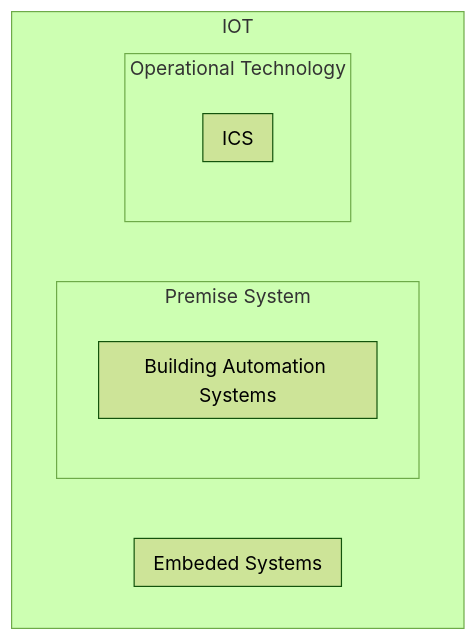
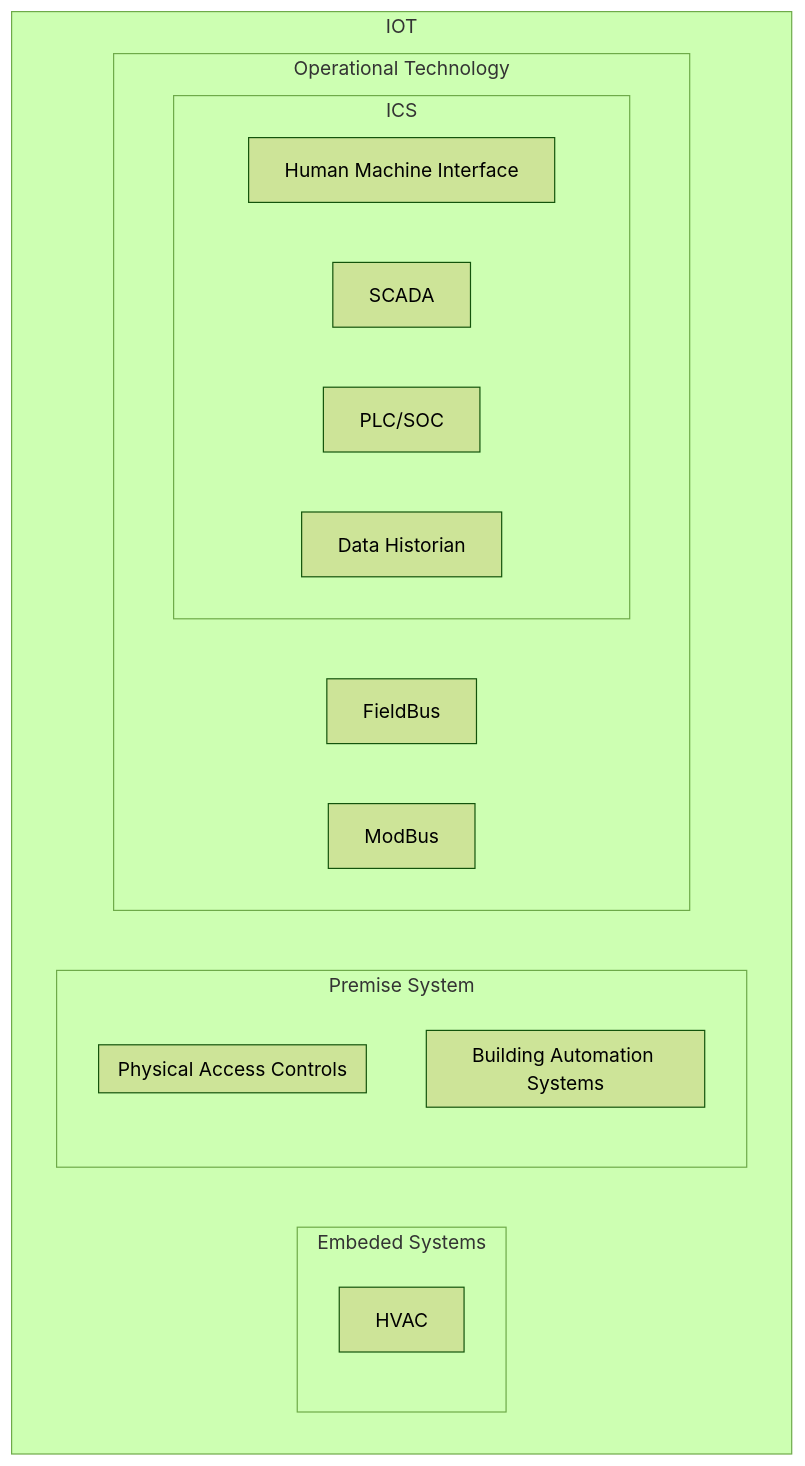
The third of 3 diagrams in Sec+/Resources/Misc.md (sawft99/Obsidian-SecPlus), drawn with Mermaid (forest theme) before and after one commit. The commit also changed other lines of this file and 1 other file, not shown here.

Commit message:
Vault backup: 2023-03-14 @ 03:55 PM
Affected files:
Sec+/Chapter 18 - Facilities Security/ICS & SCADA Vulnerabilities.md
Sec+/Resources/Misc.md

````diff
--- a/Sec+/Resources/Misc.md
+++ b/Sec+/Resources/Misc.md
@@ -83,16 +85,27 @@
 ```mermaid
 flowchart TD
 subgraph IOT
 	subgraph ES[Embeded Systems]
+		HVAC
 	end
 	subgraph PS[Premise System]
 		subgraph BAS[Building Automation Systems]
 		end
+		subgraph PACS[Physical Access Controls]
+		end
 	end
 	subgraph OT[Operational Technology]
+		direction RL
+		FiBu[FieldBus]
+		MoBu[ModBus]
 		subgraph ICS
+			direction LR
+			HuMi[Human Machine Interface]
+			SCADA
+			PLC[PLC/SOC]
+			DaHi[Data Historian]
 		end
 	end
 end
 
 ```
````
